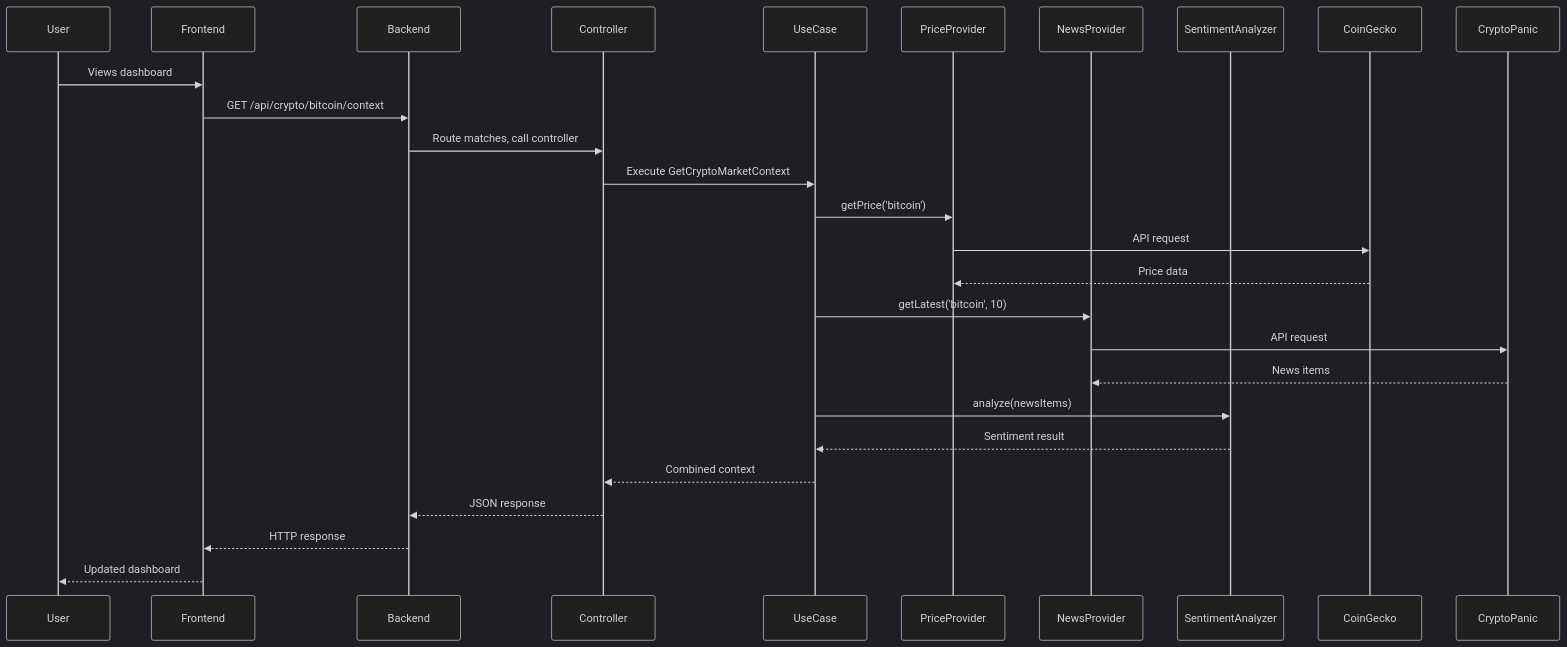
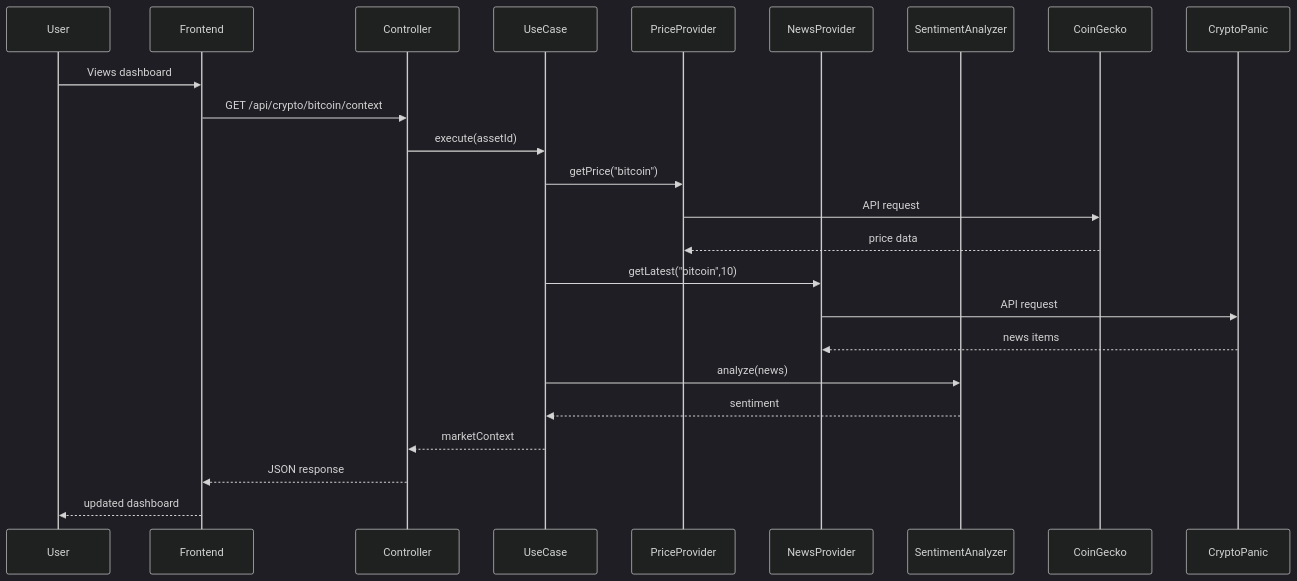
Before and after one commit to Dani-giron/crypto-market-insights: the first of 2 diagrams in docs/architecture/data-flow.md, drawn with Mermaid (dark theme). The commit also changed other lines of this file, not shown here.

Commit message:
docs: improve data flow diagram and add error handling section

````diff
--- a/docs/architecture/data-flow.md
+++ b/docs/architecture/data-flow.md
@@ -5,30 +5,32 @@
 ```mermaid
 sequenceDiagram
     participant User
     participant Frontend
-    participant Backend
     participant Controller
     participant UseCase
     participant PriceProvider
     participant NewsProvider
     participant SentimentAnalyzer
     participant CoinGecko
     participant CryptoPanic
+
+    User->>Frontend: Views dashboard
+    Frontend->>Controller: GET /api/crypto/bitcoin/context
     
-    User->>Frontend: Views dashboard
-    Frontend->>Backend: GET /api/crypto/bitcoin/context
-    Backend->>Controller: Route matches, call controller
-    Controller->>UseCase: Execute GetCryptoMarketContext
-    UseCase->>PriceProvider: getPrice('bitcoin')
+    Controller->>UseCase: execute(assetId)
+    
+    UseCase->>PriceProvider: getPrice("bitcoin")
     PriceProvider->>CoinGecko: API request
-    CoinGecko-->>PriceProvider: Price data
-    UseCase->>NewsProvider: getLatest('bitcoin', 10)
+    CoinGecko-->>PriceProvider: price data
+    
+    UseCase->>NewsProvider: getLatest("bitcoin",10)
     NewsProvider->>CryptoPanic: API request
-    CryptoPanic-->>NewsProvider: News items
-    UseCase->>SentimentAnalyzer: analyze(newsItems)
-    SentimentAnalyzer-->>UseCase: Sentiment result
-    UseCase-->>Controller: Combined context
-    Controller-->>Backend: JSON response
-    Backend-->>Frontend: HTTP response
-    Frontend-->>User: Updated dashboard
+    CryptoPanic-->>NewsProvider: news items
+    
+    UseCase->>SentimentAnalyzer: analyze(news)
+    SentimentAnalyzer-->>UseCase: sentiment
+    
+    UseCase-->>Controller: marketContext
+    Controller-->>Frontend: JSON response
+    Frontend-->>User: updated dashboard
 ```
````
